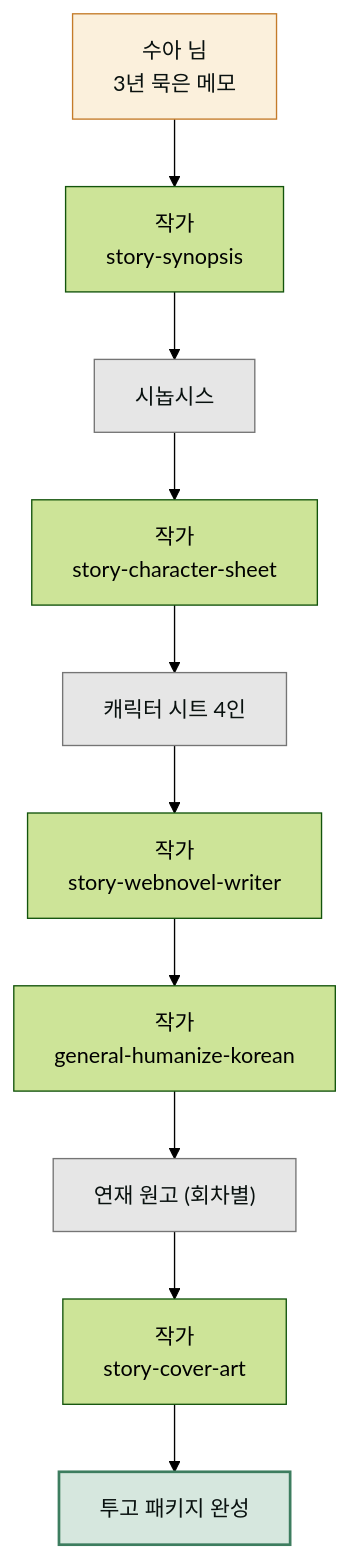
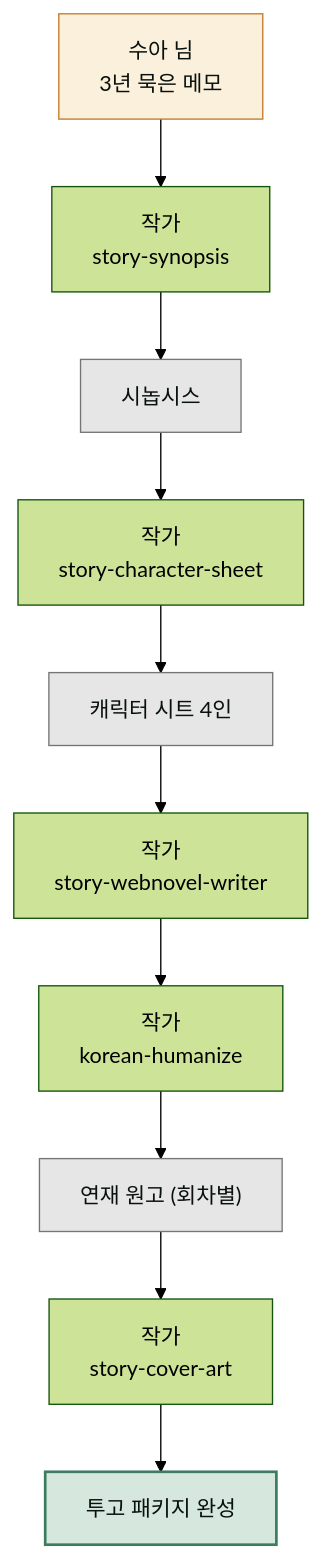
One commit to modu-ai/cowork-plugins changed the diagram in www/content/cookbook/projects/webnovel-project.md. Above: the diagram before and after it, drawn with Mermaid (forest theme). The commit also changed other lines of this file and 270 other files, not shown here.

First line of the commit message:
refactor(skills): P2 general-/bare → ai-/personal-/meta-/korean- (10종)

````diff
--- a/www/content/cookbook/projects/webnovel-project.md
+++ b/www/content/cookbook/projects/webnovel-project.md
@@ -55,18 +55,18 @@
 ```mermaid
 flowchart TD
    U["수아 님<br/>3년 묵은 메모"] --> W1["작가<br/>story-synopsis"]
    W1 --> R1["시놉시스"]
    R1 --> W2["작가<br/>story-character-sheet"]
    W2 --> R2["캐릭터 시트 4인"]
    R2 --> W3["작가<br/>story-webnovel-writer"]
-   W3 --> W4["작가<br/>general-humanize-korean"]
+   W3 --> W4["작가<br/>korean-humanize"]
    W4 --> R3["연재 원고 (회차별)"]
    R3 --> W5["작가<br/>story-cover-art"]
    W5 --> OUT["투고 패키지 완성"]
 
    style U fill:#fbf0dc,stroke:#c47b2a,color:#09110f
    style R1 fill:#e6e6e6,stroke:#757575,color:#09110f
    style R2 fill:#e6e6e6,stroke:#757575,color:#09110f
    style R3 fill:#e6e6e6,stroke:#757575,color:#09110f
    style OUT fill:#d6e7de,stroke:#3d7d5f,stroke-width:2px,color:#09110f
 ```
````
